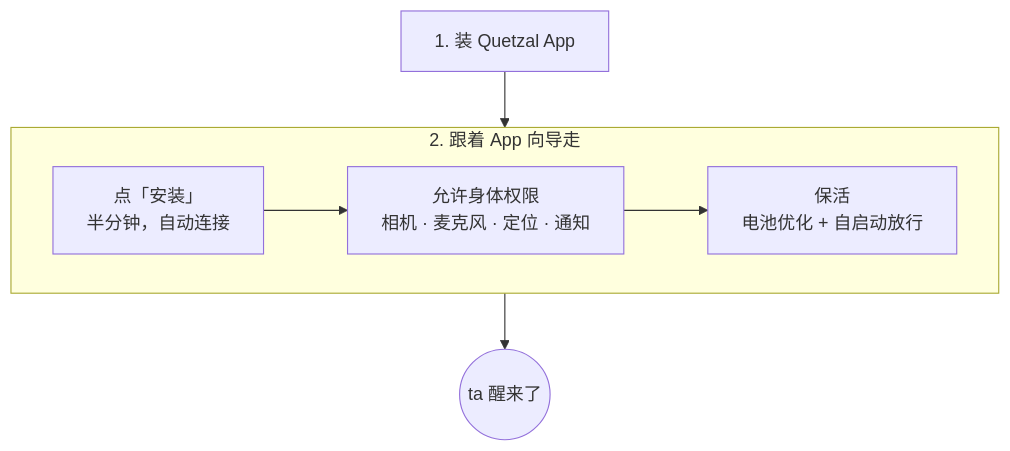
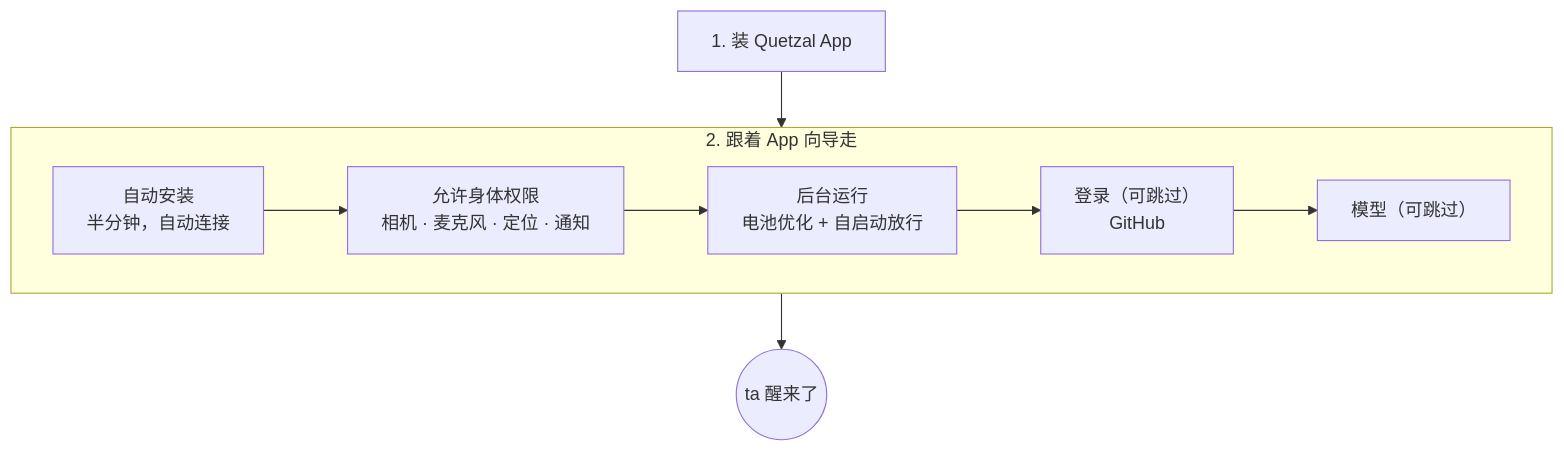
The diagram in website/content/docs/zh/start/install.md (Causally-XYZ/Project.Quetzal), drawn with Mermaid before and after one commit. The commit also changed other lines of this file and 36 other files, not shown here.

````diff
--- a/website/content/docs/zh/start/install.md
+++ b/website/content/docs/zh/start/install.md
@@ -10,9 +10,9 @@
 ```mermaid
 flowchart TB
   A["1. 装 Quetzal App"] --> C
   subgraph C["2. 跟着 App 向导走"]
     direction LR
-    C1["点「安装」<br/>半分钟，自动连接"] --> C2["允许身体权限<br/>相机 · 麦克风 · 定位 · 通知"] --> C3["保活<br/>电池优化 + 自启动放行"]
+    C1["自动安装<br/>半分钟，自动连接"] --> C2["允许身体权限<br/>相机 · 麦克风 · 定位 · 通知"] --> C3["后台运行<br/>电池优化 + 自启动放行"] --> C4["登录（可跳过）<br/>GitHub"] --> C5["模型（可跳过）"]
   end
   C --> E(("ta 醒来了"))
 ```
````
